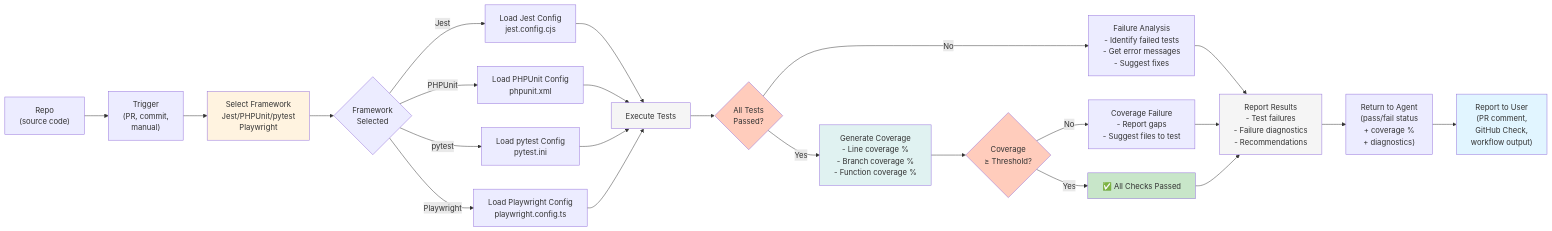
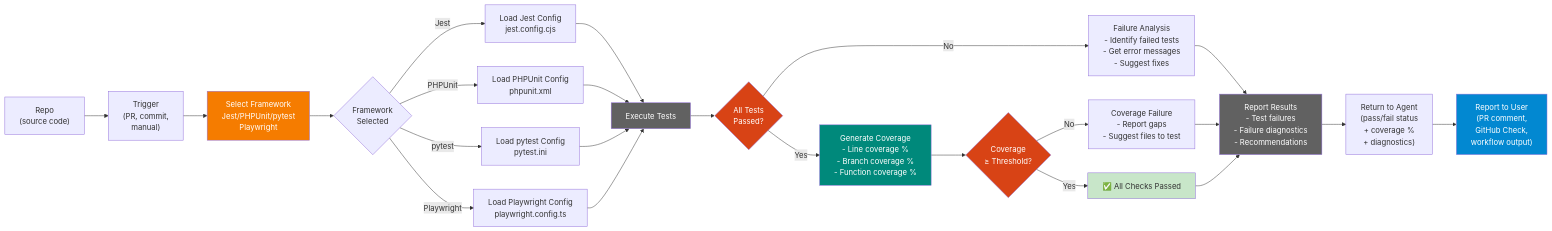
One commit to lightspeedwp/.github changed the third of 8 diagrams in .github/projects/active/testing-agent-multi-framework-2026-08-12/ARCHITECTURE_DIAGRAMS.md. Above: the diagram before and after it, drawn with Mermaid. The commit also changed other lines of this file, not shown here.

Commit message:
fix: Update Mermaid diagram colors for WCAG contrast compliance

````diff
--- a/.github/projects/active/testing-agent-multi-framework-2026-08-12/ARCHITECTURE_DIAGRAMS.md
+++ b/.github/projects/active/testing-agent-multi-framework-2026-08-12/ARCHITECTURE_DIAGRAMS.md
@@ -112,51 +112,51 @@
 ```mermaid
 graph LR
     A["Repo<br/>(source code)"]
     
     A --> B["Trigger<br/>(PR, commit,<br/>manual)"]
     
     B --> C["Select Framework<br/>Jest/PHPUnit/pytest<br/>Playwright"]
     
     C --> D{Framework<br/>Selected}
     
     D -->|Jest| E1["Load Jest Config<br/>jest.config.cjs"]
     D -->|PHPUnit| E2["Load PHPUnit Config<br/>phpunit.xml"]
     D -->|pytest| E3["Load pytest Config<br/>pytest.ini"]
     D -->|Playwright| E4["Load Playwright Config<br/>playwright.config.ts"]
     
     E1 --> F["Execute Tests"]
     E2 --> F
     E3 --> F
     E4 --> F
     
     F --> G{All Tests<br/>Passed?}
     
     G -->|No| H["Failure Analysis<br/>- Identify failed tests<br/>- Get error messages<br/>- Suggest fixes"]
     
     G -->|Yes| I["Generate Coverage<br/>- Line coverage %<br/>- Branch coverage %<br/>- Function coverage %"]
     
     I --> J{Coverage<br/>≥ Threshold?}
     
     J -->|No| K["Coverage Failure<br/>- Report gaps<br/>- Suggest files to test"]
     
     J -->|Yes| L["✅ All Checks Passed"]
     
     H --> M["Report Results<br/>- Test failures<br/>- Failure diagnostics<br/>- Recommendations"]
     
     K --> M
     
     L --> M
     
     M --> N["Return to Agent<br/>(pass/fail status<br/>+ coverage %<br/>+ diagnostics)"]
     
     N --> O["Report to User<br/>(PR comment,<br/>GitHub Check,<br/>workflow output)"]
     
-    style C fill:#fff3e0
-    style F fill:#f5f5f5
-    style G fill:#ffccbc
-    style I fill:#e0f2f1
-    style J fill:#ffccbc
+    style C fill:#f57c00,color:#fff
+    style F fill:#616161,color:#fff
+    style G fill:#d84315,color:#fff
+    style I fill:#00897b,color:#fff
+    style J fill:#d84315,color:#fff
     style L fill:#c8e6c9
-    style M fill:#f5f5f5
-    style O fill:#e1f5ff
+    style M fill:#616161,color:#fff
+    style O fill:#0288d1,color:#fff
 ```
````
